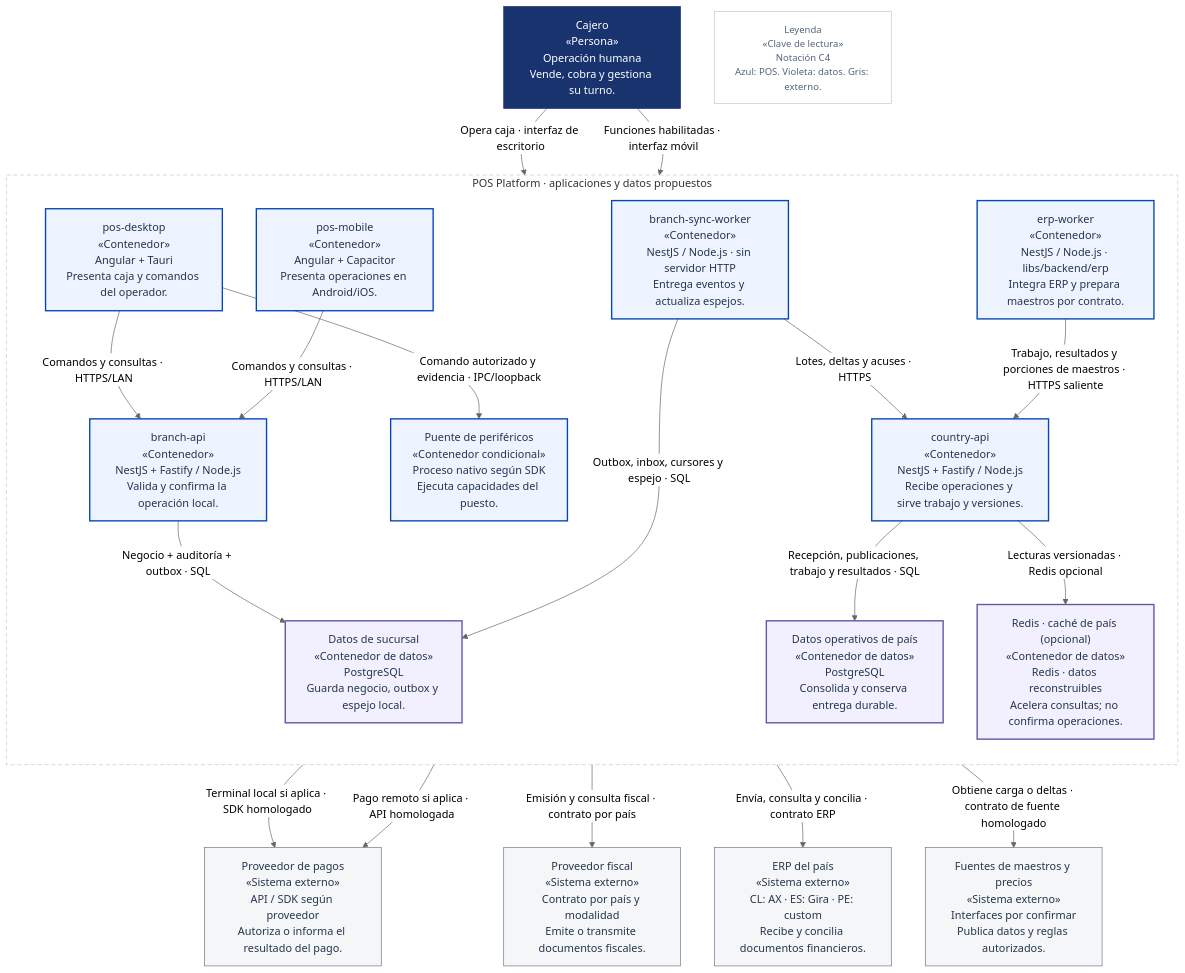
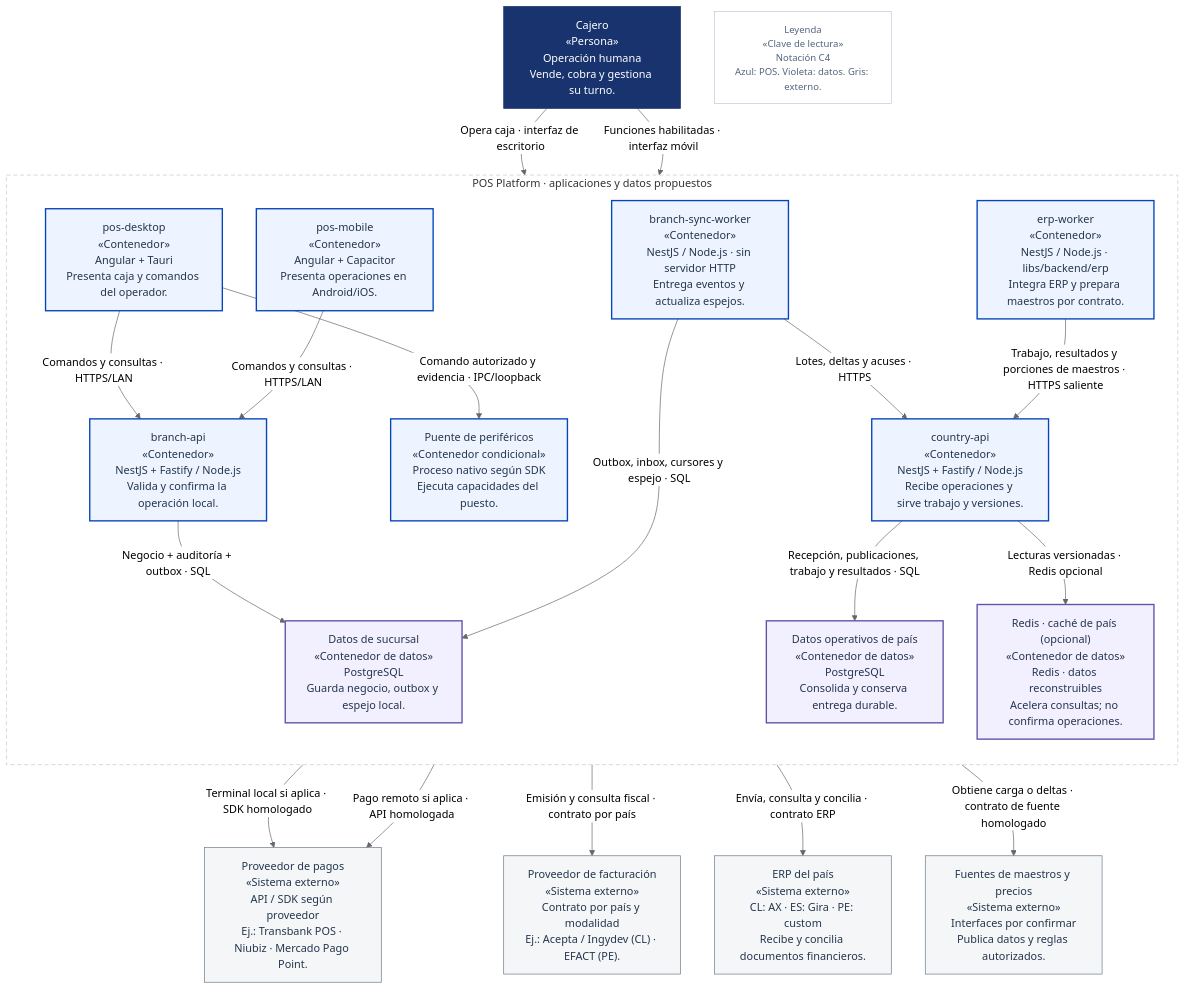
Before and after one commit to developer-implementos/pos-docs: the diagram in docs/diagramas-excalidraw/mermaid/c4-containers.mmd, drawn with Mermaid (neutral theme). The commit also changed 50 other files, not shown here.

```diff
--- a/docs/diagramas-excalidraw/mermaid/c4-containers.mmd
+++ b/docs/diagramas-excalidraw/mermaid/c4-containers.mmd
@@ -1,44 +1,44 @@
 flowchart TB
     accTitle: C2 · Contenedores — Aplicaciones, procesos y datos
     accDescr: Aplicaciones de POS Platform, persistencia de sucursal y servicios de país. Cada nombre de app corresponde al monorepo; las capacidades son propuesta por implementar. PostgreSQL conserva negocio y entrega durable. Country-api publica versiones; erp-worker prepara maestros mediante un contrato de origen y presupuesto aislados. Redis es caché opcional. Sin SQL WAN ni aplicación adicional.
     subgraph systemScope["POS Platform · aplicaciones y datos propuestos"]
         direction TB
         client["pos-desktop<br/>«Contenedor»<br/>Angular + Tauri<br/>Presenta caja y comandos del operador."]:::pos
         mobileClient["pos-mobile<br/>«Contenedor»<br/>Angular + Capacitor<br/>Presenta operaciones en Android/iOS."]:::pos
         device["Puente de periféricos<br/>«Contenedor condicional»<br/>Proceso nativo según SDK<br/>Ejecuta capacidades del puesto."]:::pos
         branchApi["branch-api<br/>«Contenedor»<br/>NestJS + Fastify / Node.js<br/>Valida y confirma la operación local."]:::pos
         branchDb["Datos de sucursal<br/>«Contenedor de datos»<br/>PostgreSQL<br/>Guarda negocio, outbox y espejo local."]:::store
         syncWorker["branch-sync-worker<br/>«Contenedor»<br/>NestJS / Node.js · sin servidor HTTP<br/>Entrega eventos y actualiza espejos."]:::pos
         countryApi["country-api<br/>«Contenedor»<br/>NestJS + Fastify / Node.js<br/>Recibe operaciones y sirve trabajo y versiones."]:::pos
         countryDb["Datos operativos de país<br/>«Contenedor de datos»<br/>PostgreSQL<br/>Consolida y conserva entrega durable."]:::store
         countryCache["Redis · caché de país (opcional)<br/>«Contenedor de datos»<br/>Redis · datos reconstruibles<br/>Acelera consultas; no confirma operaciones."]:::store
         erpAdapter["erp-worker<br/>«Contenedor»<br/>NestJS / Node.js · libs/backend/erp<br/>Integra ERP y prepara maestros por contrato."]:::pos
     end
         cashier["Cajero<br/>«Persona»<br/>Operación humana<br/>Vende, cobra y gestiona su turno."]:::person
         erp["ERP del país<br/>«Sistema externo»<br/>CL: AX · ES: Gira · PE: custom<br/>Recibe y concilia documentos financieros."]:::external
         masters["Fuentes de maestros y precios<br/>«Sistema externo»<br/>Interfaces por confirmar<br/>Publica datos y reglas autorizados."]:::external
-        payments["Proveedor de pagos<br/>«Sistema externo»<br/>API / SDK según proveedor<br/>Autoriza o informa el resultado del pago."]:::external
-        fiscal["Proveedor fiscal<br/>«Sistema externo»<br/>Contrato por país y modalidad<br/>Emite o transmite documentos fiscales."]:::external
+        payments["Proveedor de pagos<br/>«Sistema externo»<br/>API / SDK según proveedor<br/>Ej.: Transbank POS · Niubiz · Mercado Pago Point."]:::external
+        fiscal["Proveedor de facturación<br/>«Sistema externo»<br/>Contrato por país y modalidad<br/>Ej.: Acepta / Ingydev (CL) · EFACT (PE)."]:::external
         legend["Leyenda<br/>«Clave de lectura»<br/>Notación C4<br/>Azul: POS. Violeta: datos. Gris: externo."]:::key
     cashier -->|"Opera caja · interfaz de escritorio"| client
     cashier -->|"Funciones habilitadas · interfaz móvil"| mobileClient
     client -->|"Comandos y consultas · HTTPS/LAN"| branchApi
     mobileClient -->|"Comandos y consultas · HTTPS/LAN"| branchApi
     client -->|"Comando autorizado y evidencia · IPC/loopback"| device
     device -->|"Terminal local si aplica · SDK homologado"| payments
     branchApi -->|"Negocio + auditoría + outbox · SQL"| branchDb
     branchApi -->|"Pago remoto si aplica · API homologada"| payments
     branchApi -->|"Emisión y consulta fiscal · contrato por país"| fiscal
     syncWorker -->|"Outbox, inbox, cursores y espejo · SQL"| branchDb
     syncWorker -->|"Lotes, deltas y acuses · HTTPS"| countryApi
     countryApi -->|"Recepción, publicaciones, trabajo y resultados · SQL"| countryDb
     countryApi -->|"Lecturas versionadas · Redis opcional"| countryCache
     erpAdapter -->|"Trabajo, resultados y porciones de maestros · HTTPS saliente"| countryApi
     erpAdapter -->|"Envía, consulta y concilia · contrato ERP"| erp
     erpAdapter -->|"Obtiene carga o deltas · contrato de fuente homologado"| masters
     classDef pos fill:#EDF3FF,stroke:#0545BA,color:#25364D,stroke-width:2px
     classDef store fill:#F2EFFF,stroke:#6551A8,color:#25364D,stroke-width:2px
     classDef external fill:#F4F6F8,stroke:#6B788A,color:#25364D
     classDef person fill:#18336D,stroke:#18336D,color:#FFFFFF
     classDef key fill:#FFFFFF,stroke:#BCC9DB,color:#53657F,font-size:14px
     style systemScope fill:#FFFFFF,stroke:#BCC9DB,stroke-dasharray:6 4
```
